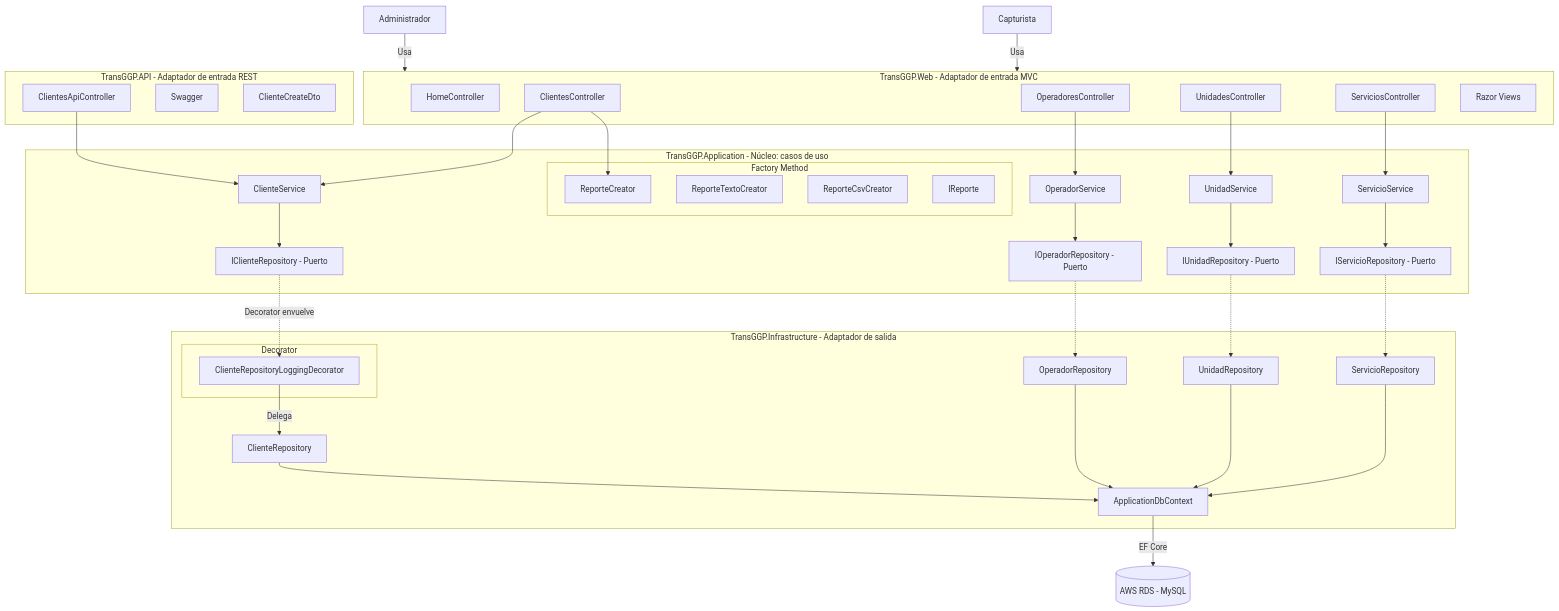
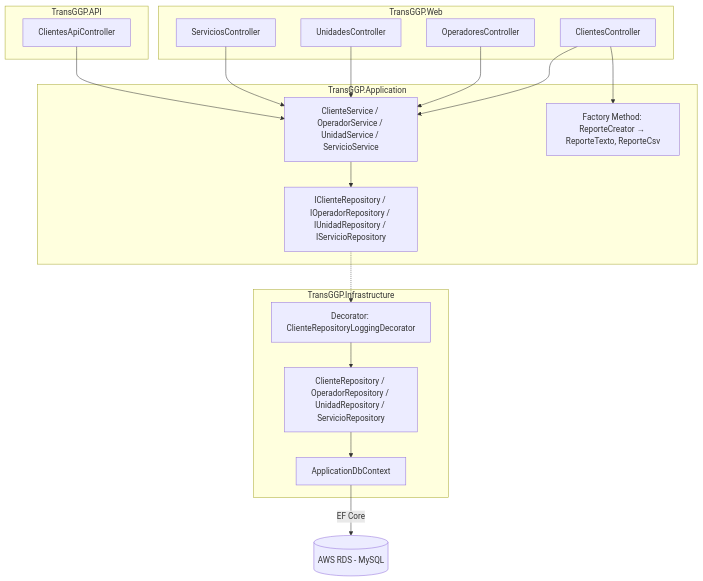
Before and after one commit to bylev/Proyecto-ArquitecturaSW: the third of 3 diagrams in docs/Diagramas.md, drawn with Mermaid.

Commit message:
docs: Añadir nivel 3 en diagramas

````diff
--- a/docs/Diagramas.md
+++ b/docs/Diagramas.md
@@ -58,73 +58,40 @@
 ```mermaid
 graph TB
-    Admin[Administrador]
-    Capturista[Capturista]
-
-    subgraph Web["TransGGP.Web - Adaptador de entrada MVC"]
-        HC[HomeController]
+    subgraph Web["TransGGP.Web"]
         CC[ClientesController]
         OC[OperadoresController]
         UC[UnidadesController]
         SC[ServiciosController]
-        Views[Razor Views]
     end
 
-    subgraph API["TransGGP.API - Adaptador de entrada REST"]
+    subgraph API["TransGGP.API"]
         ClientesAPI[ClientesApiController]
-        Swagger[Swagger]
-        DTO[ClienteCreateDto]
     end
 
-    subgraph Application["TransGGP.Application - Núcleo: casos de uso"]
-        CS[ClienteService]
-        OS[OperadorService]
-        US[UnidadService]
-        SS[ServicioService]
-        ICR[IClienteRepository - Puerto]
-        IOR[IOperadorRepository - Puerto]
-        IUR[IUnidadRepository - Puerto]
-        ISR[IServicioRepository - Puerto]
-        subgraph FactoryMethod["Factory Method"]
-            RC[ReporteCreator]
-            RTC[ReporteTextoCreator]
-            RCC[ReporteCsvCreator]
-            IR[IReporte]
-        end
+    subgraph Application["TransGGP.Application"]
+        Services[ClienteService / OperadorService / UnidadService / ServicioService]
+        Puertos[IClienteRepository / IOperadorRepository / IUnidadRepository / IServicioRepository]
+        Factory["Factory Method: ReporteCreator → ReporteTexto, ReporteCsv"]
     end
 
-    subgraph Infrastructure["TransGGP.Infrastructure - Adaptador de salida"]
-        CR[ClienteRepository]
-        OR[OperadorRepository]
-        UR[UnidadRepository]
-        SR[ServicioRepository]
-        subgraph Decorator["Decorator"]
-            CRLD[ClienteRepositoryLoggingDecorator]
-        end
+    subgraph Infrastructure["TransGGP.Infrastructure"]
+        Repos[ClienteRepository / OperadorRepository / UnidadRepository / ServicioRepository]
+        Decorator["Decorator: ClienteRepositoryLoggingDecorator"]
         DbCtx[ApplicationDbContext]
     end
 
     RDS[("AWS RDS - MySQL")]
 
-    Admin -->|Usa| Web
-    Capturista -->|Usa| Web
-    CC --> CS
-    OC --> OS
-    UC --> US
-    SC --> SS
-    CC --> RC
-    ClientesAPI --> CS
-    CS --> ICR
-    OS --> IOR
-    US --> IUR
-    SS --> ISR
-    ICR -.->|Decorator envuelve| CRLD
-    CRLD -->|Delega| CR
-    IOR -.-> OR
-    IUR -.-> UR
-    ISR -.-> SR
-    CR --> DbCtx
-    OR --> DbCtx
-    UR --> DbCtx
-    SR --> DbCtx
+    CC --> Services
+    OC --> Services
+    UC --> Services
+    SC --> Services
+    CC --> Factory
+    ClientesAPI --> Services
+    Services --> Puertos
+    Puertos -.-> Decorator
+    Decorator --> Repos
+    Repos --> DbCtx
     DbCtx -->|EF Core| RDS
+
 ```
````
